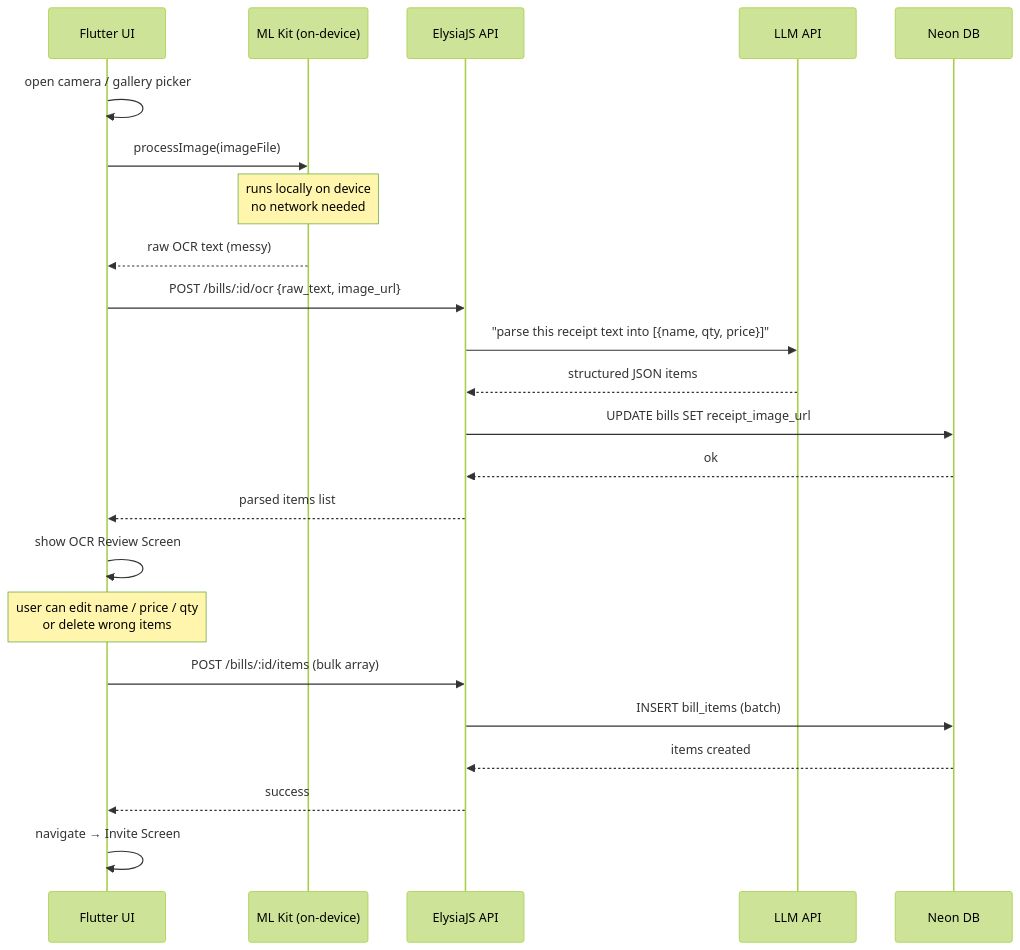
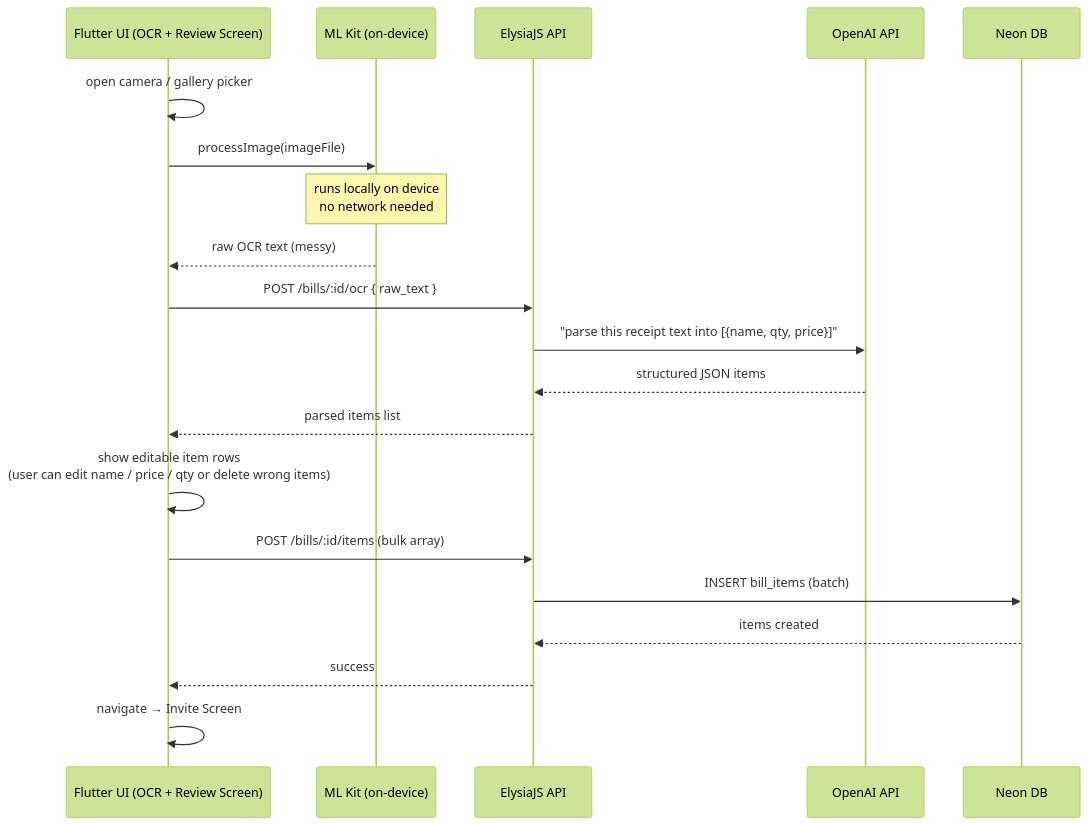
The diagram in docs/03_ocr_flow.mermaid (TunyatapVich/cs356_billgang_project), drawn with Mermaid (forest theme) before and after one commit. The commit also changed 12 other files, not shown here.

Commit message:
feat: improve auth navigation flow during initialization and add error handling to AuthService

```diff
--- a/docs/03_ocr_flow.mermaid
+++ b/docs/03_ocr_flow.mermaid
@@ -1,27 +1,24 @@
 sequenceDiagram
-    participant UI as Flutter UI
+    participant UI as Flutter UI (OCR + Review Screen)
     participant MLKit as ML Kit (on-device)
     participant API as ElysiaJS API
-    participant LLM as LLM API
+    participant LLM as OpenAI API
     participant DB as Neon DB
 
     UI->>UI: open camera / gallery picker
     UI->>MLKit: processImage(imageFile)
     Note over MLKit: runs locally on device<br/>no network needed
     MLKit-->>UI: raw OCR text (messy)
 
-    UI->>API: POST /bills/:id/ocr {raw_text, image_url}
+    UI->>API: POST /bills/:id/ocr { raw_text }
     API->>LLM: "parse this receipt text into [{name, qty, price}]"
     LLM-->>API: structured JSON items
-    API->>DB: UPDATE bills SET receipt_image_url
-    DB-->>API: ok
     API-->>UI: parsed items list
 
-    UI->>UI: show OCR Review Screen
-    Note over UI: user can edit name / price / qty<br/>or delete wrong items
+    UI->>UI: show editable item rows<br/>(user can edit name / price / qty or delete wrong items)
 
     UI->>API: POST /bills/:id/items (bulk array)
     API->>DB: INSERT bill_items (batch)
     DB-->>API: items created
     API-->>UI: success
     UI->>UI: navigate → Invite Screen
```
